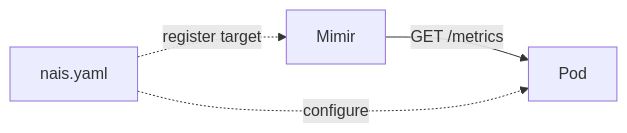
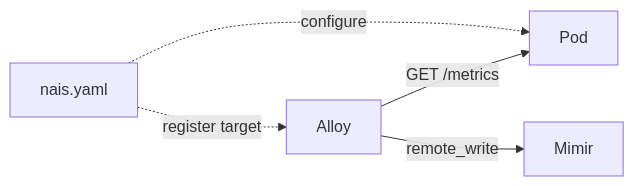
Before and after one commit to nais/doc: the diagram in docs/observability/metrics/README.md, drawn with Mermaid. The commit also changed other lines of this file and 10 other files, not shown here.

````diff
--- a/docs/observability/metrics/README.md
+++ b/docs/observability/metrics/README.md
@@ -16,6 +16,7 @@
 ```mermaid
 graph LR
-  Mimir --GET /metrics--> Pod
-  nais.yaml -.register target.-> Mimir
+  Alloy --GET /metrics--> Pod
+  Alloy --remote_write--> Mimir
+  nais.yaml -.register target.-> Alloy
   nais.yaml -.configure.-> Pod
 ```
````
